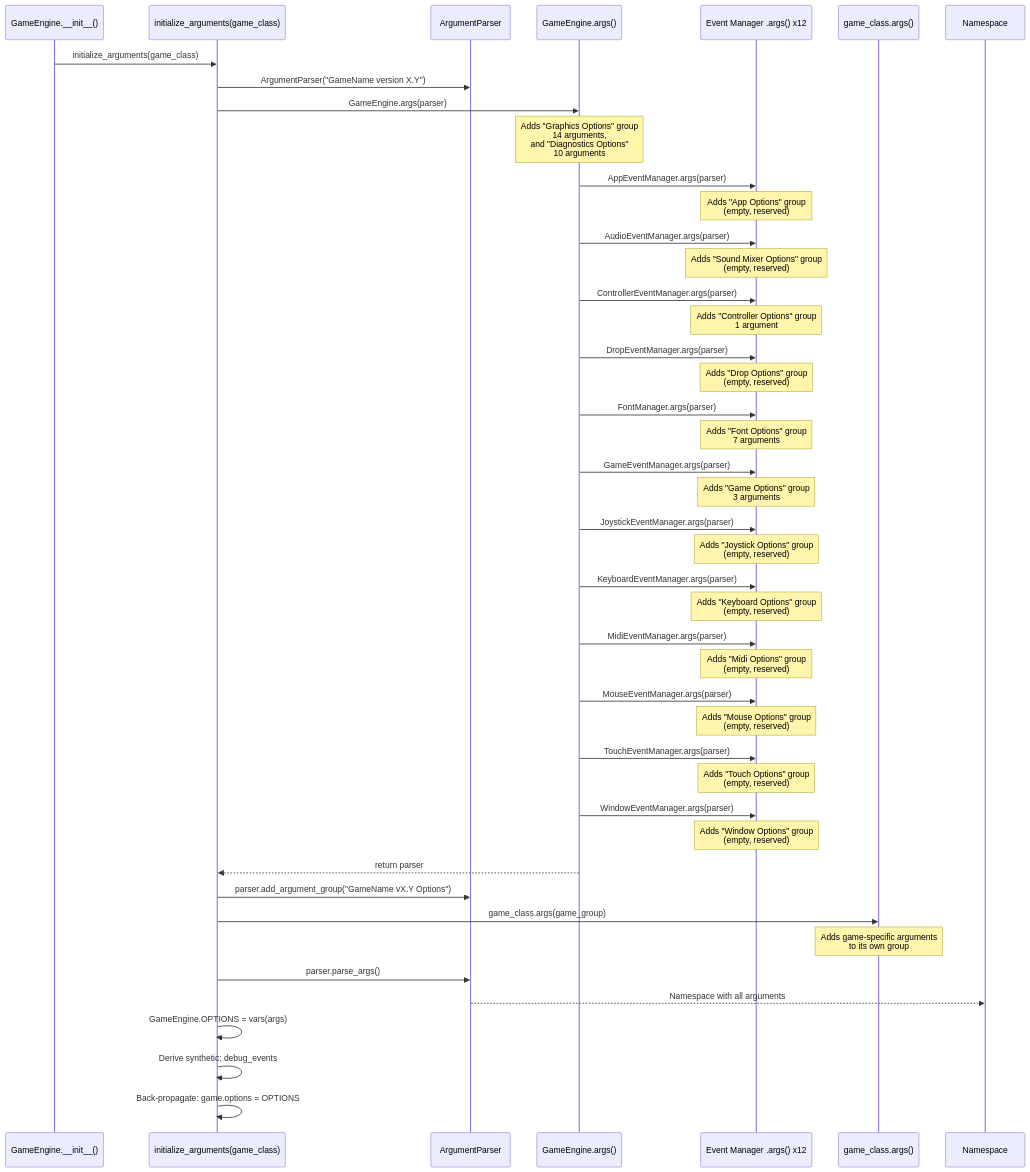
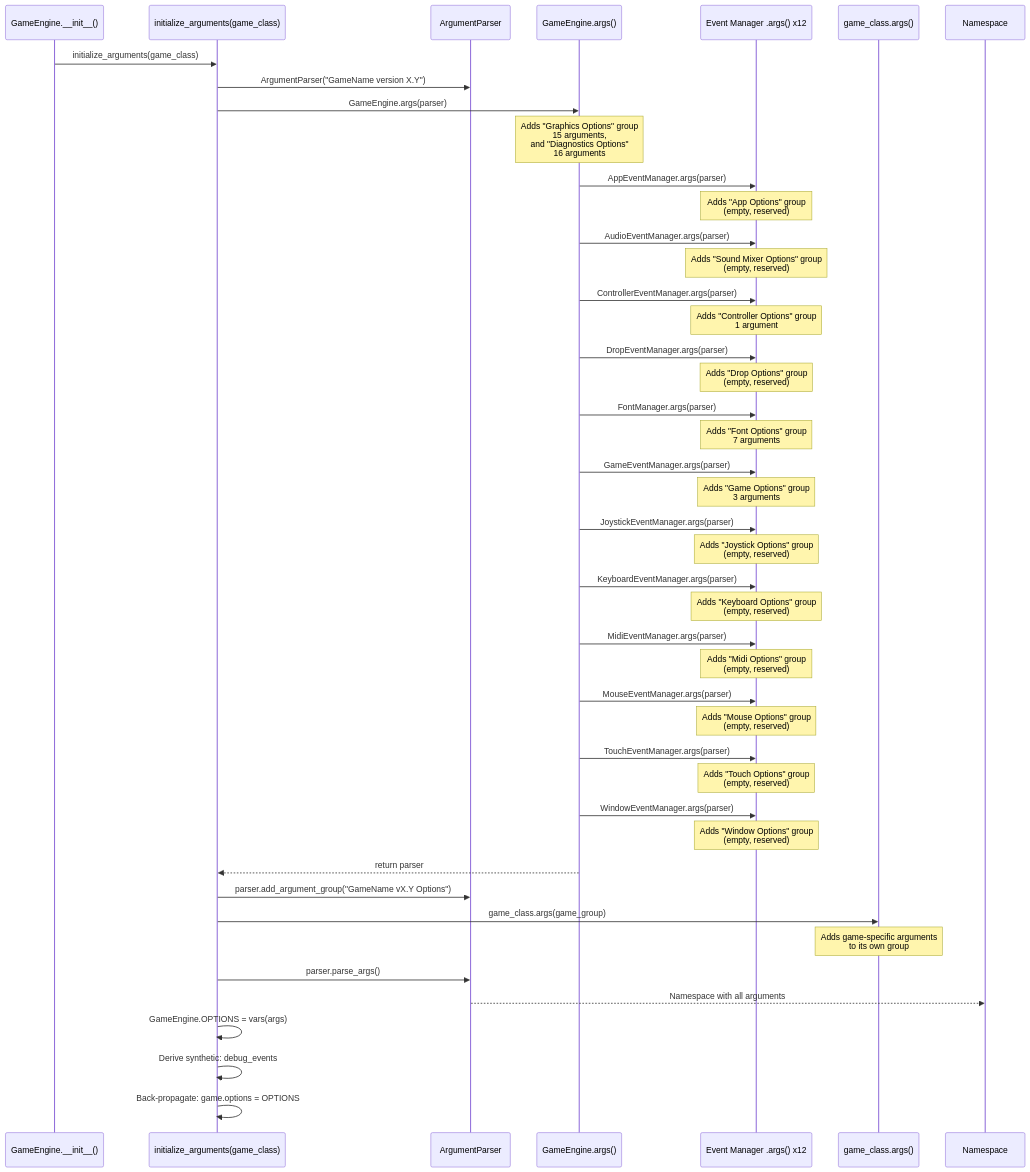
One commit to terrysimons/glitchygames changed the first of 4 diagrams in docs/architecture/argument_system.md. Above: the diagram before and after it, drawn with Mermaid. The commit also changed other lines of this file and 20 other files, not shown here.

````diff
--- a/docs/architecture/argument_system.md
+++ b/docs/architecture/argument_system.md
@@ -13,64 +13,64 @@
 ```mermaid
 sequenceDiagram
     participant GE as GameEngine.__init__()
     participant IA as initialize_arguments(game_class)
     participant AP as ArgumentParser
     participant ENGINE as GameEngine.args()
     participant MGR as Event Manager .args() x12
     participant GAME as game_class.args()
     participant NS as Namespace
 
     GE->>IA: initialize_arguments(game_class)
     IA->>AP: ArgumentParser("GameName version X.Y")
     IA->>ENGINE: GameEngine.args(parser)
 
-    Note over ENGINE: Adds "Graphics Options" group<br/>14 arguments,<br/>and "Diagnostics Options"<br/>10 arguments
+    Note over ENGINE: Adds "Graphics Options" group<br/>15 arguments,<br/>and "Diagnostics Options"<br/>16 arguments
 
     ENGINE->>MGR: AppEventManager.args(parser)
     Note over MGR: Adds "App Options" group<br/>(empty, reserved)
 
     ENGINE->>MGR: AudioEventManager.args(parser)
     Note over MGR: Adds "Sound Mixer Options" group<br/>(empty, reserved)
 
     ENGINE->>MGR: ControllerEventManager.args(parser)
     Note over MGR: Adds "Controller Options" group<br/>1 argument
 
     ENGINE->>MGR: DropEventManager.args(parser)
     Note over MGR: Adds "Drop Options" group<br/>(empty, reserved)
 
     ENGINE->>MGR: FontManager.args(parser)
     Note over MGR: Adds "Font Options" group<br/>7 arguments
 
     ENGINE->>MGR: GameEventManager.args(parser)
     Note over MGR: Adds "Game Options" group<br/>3 arguments
 
     ENGINE->>MGR: JoystickEventManager.args(parser)
     Note over MGR: Adds "Joystick Options" group<br/>(empty, reserved)
 
     ENGINE->>MGR: KeyboardEventManager.args(parser)
     Note over MGR: Adds "Keyboard Options" group<br/>(empty, reserved)
 
     ENGINE->>MGR: MidiEventManager.args(parser)
     Note over MGR: Adds "Midi Options" group<br/>(empty, reserved)
 
     ENGINE->>MGR: MouseEventManager.args(parser)
     Note over MGR: Adds "Mouse Options" group<br/>(empty, reserved)
 
     ENGINE->>MGR: TouchEventManager.args(parser)
     Note over MGR: Adds "Touch Options" group<br/>(empty, reserved)
 
     ENGINE->>MGR: WindowEventManager.args(parser)
     Note over MGR: Adds "Window Options" group<br/>(empty, reserved)
 
     ENGINE-->>IA: return parser
 
     IA->>AP: parser.add_argument_group("GameName vX.Y Options")
     IA->>GAME: game_class.args(game_group)
     Note over GAME: Adds game-specific arguments<br/>to its own group
 
     IA->>AP: parser.parse_args()
     AP-->>NS: Namespace with all arguments
     IA->>IA: GameEngine.OPTIONS = vars(args)
     IA->>IA: Derive synthetic: debug_events
     IA->>IA: Back-propagate: game.options = OPTIONS
 ```
````
